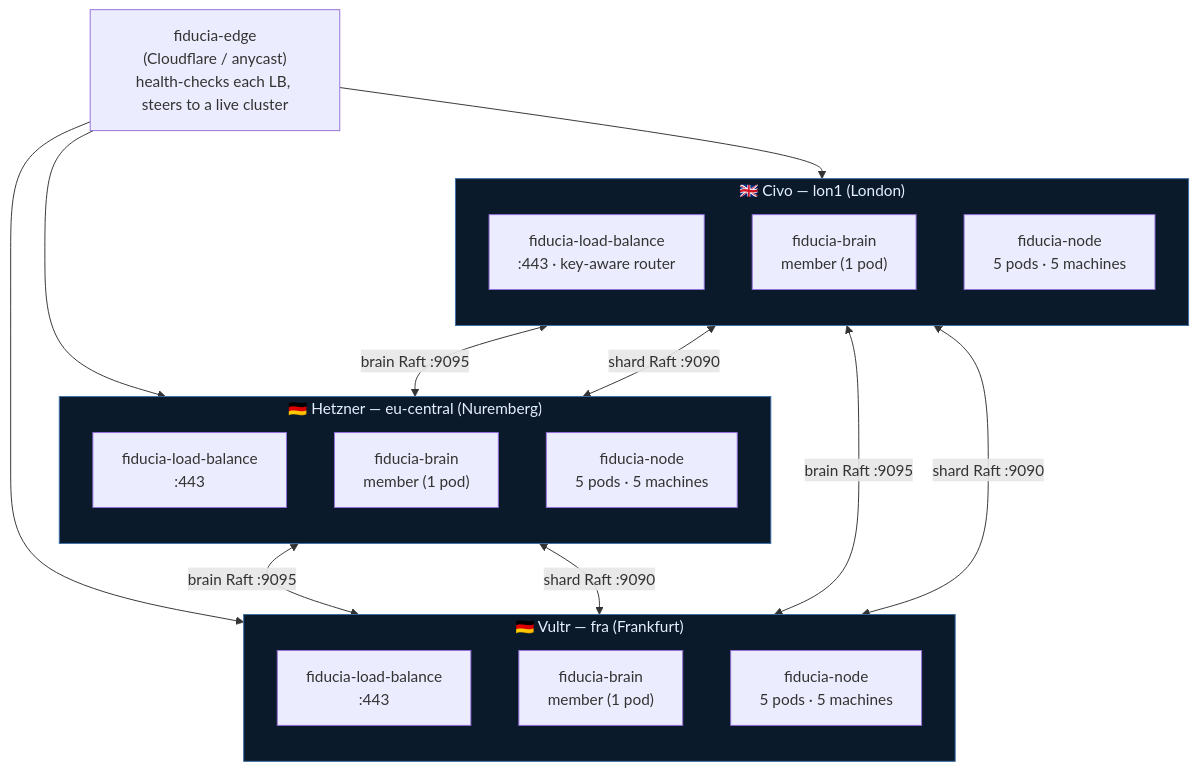
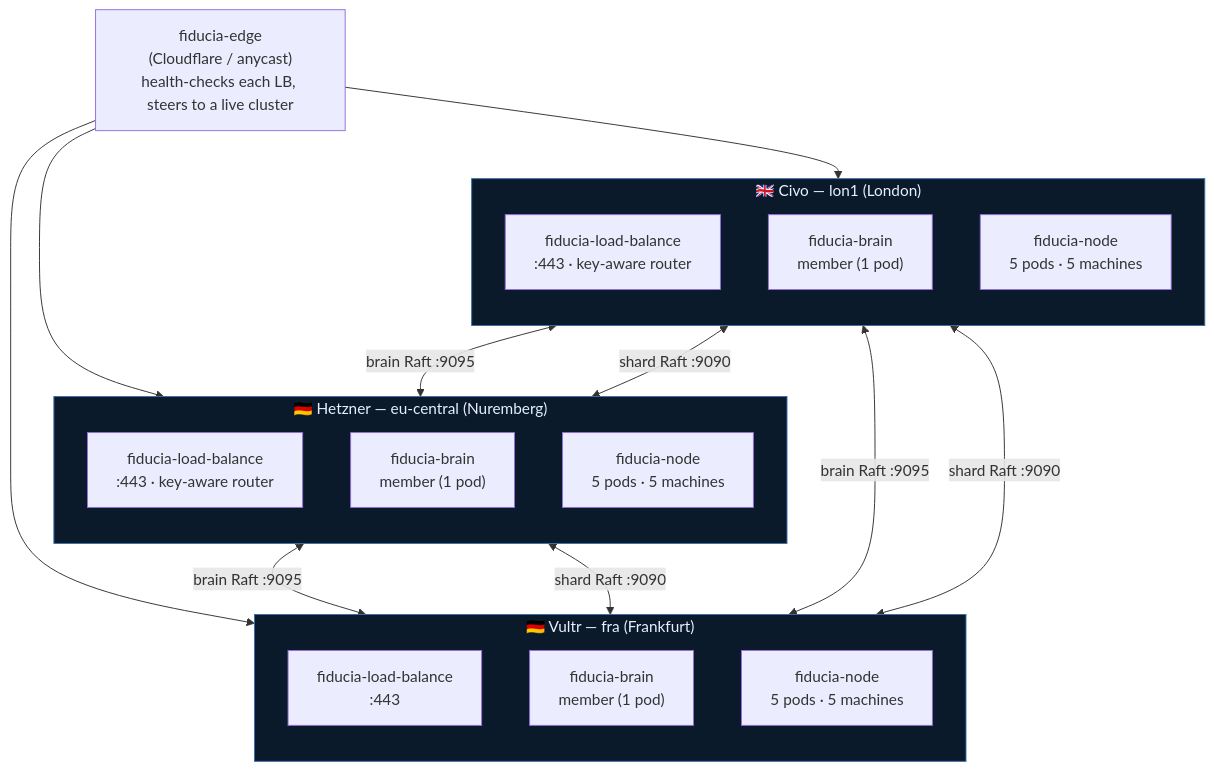
Before and after one commit to fiducia-cloud/fiducia-infra: the first of 8 diagrams in docs/multi-cluster-architecture.md, drawn with Mermaid.

Commit message:
claude autosave 2026-07-13T20:28:05Z

````diff
--- a/docs/multi-cluster-architecture.md
+++ b/docs/multi-cluster-architecture.md
@@ -38,39 +38,39 @@
 ```mermaid
 flowchart TB
     edge["fiducia-edge<br/>(Cloudflare / anycast)<br/>health-checks each LB, steers to a live cluster"]
 
     subgraph HZ["🇩🇪 Hetzner — eu-central (Nuremberg)"]
         direction TB
-        h_lb["fiducia-load-balance<br/>:443"]
+        h_lb["fiducia-load-balance<br/>:443 · key-aware router"]
         h_brain["fiducia-brain<br/>member (1 pod)"]
         h_nodes["fiducia-node<br/>5 pods · 5 machines"]
     end
 
     subgraph VU["🇩🇪 Vultr — fra (Frankfurt)"]
         direction TB
         v_lb["fiducia-load-balance<br/>:443"]
         v_brain["fiducia-brain<br/>member (1 pod)"]
         v_nodes["fiducia-node<br/>5 pods · 5 machines"]
     end
 
     subgraph CI["🇬🇧 Civo — lon1 (London)"]
         direction TB
         c_lb["fiducia-load-balance<br/>:443 · key-aware router"]
         c_brain["fiducia-brain<br/>member (1 pod)"]
         c_nodes["fiducia-node<br/>5 pods · 5 machines"]
     end
 
     edge --> h_lb & v_lb & c_lb
 
     %% Cross-cluster Raft over the Cilium Cluster Mesh
     h_brain <-->|"brain Raft :9095"| v_brain
     v_brain <-->|"brain Raft :9095"| c_brain
     c_brain <-->|"brain Raft :9095"| h_brain
 
     h_nodes <-->|"shard Raft :9090"| v_nodes
     v_nodes <-->|"shard Raft :9090"| c_nodes
     c_nodes <-->|"shard Raft :9090"| h_nodes
 
     classDef cloud fill:#0b1a2b,stroke:#3b6ea5,color:#e6f0ff;
     class HZ,VU,CI cloud;
 ```
````
